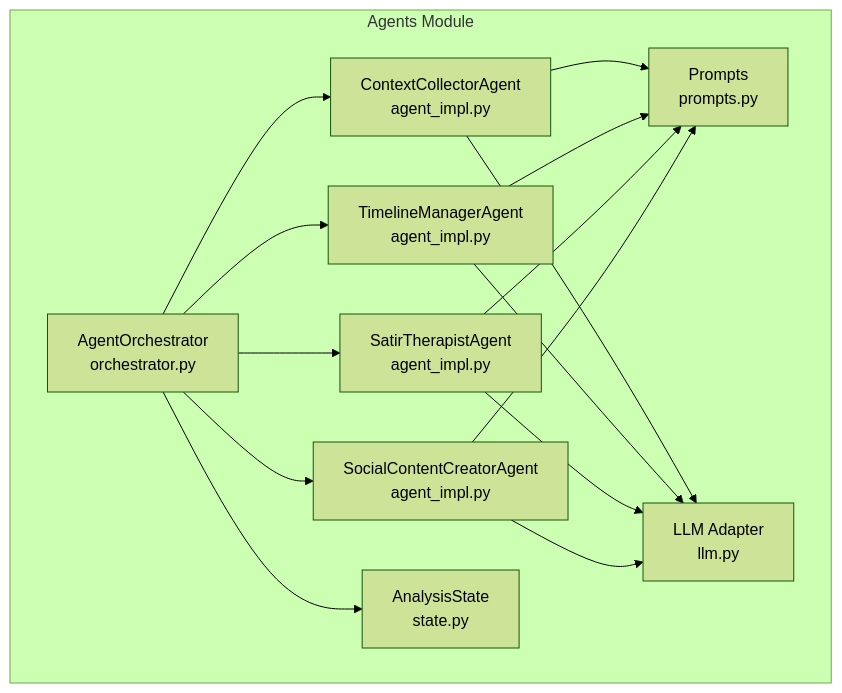
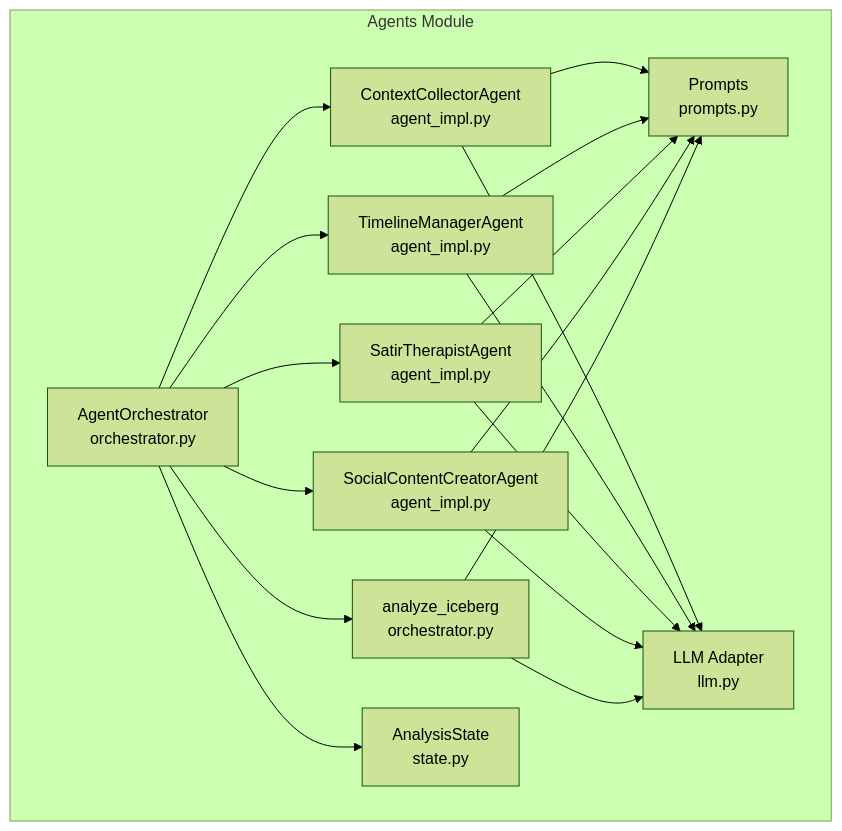
The first of 4 diagrams in .qoder/repowiki/en/content/AI and Machine Learning/Multi-Agent System/Agent Orchestrator.md (rainRise/aidiary), drawn with Mermaid (forest theme) before and after one commit. The commit also changed other lines of this file and 21 other files, not shown here.

````diff
--- a/.qoder/repowiki/en/content/AI and Machine Learning/Multi-Agent System/Agent Orchestrator.md
+++ b/.qoder/repowiki/en/content/AI and Machine Learning/Multi-Agent System/Agent Orchestrator.md
@@ -37,26 +46,30 @@
 ```mermaid
 graph TB
 subgraph "Agents Module"
 O["AgentOrchestrator<br/>orchestrator.py"]
 S["AnalysisState<br/>state.py"]
 A0["ContextCollectorAgent<br/>agent_impl.py"]
 AA["TimelineManagerAgent<br/>agent_impl.py"]
 AB["SatirTherapistAgent<br/>agent_impl.py"]
 AC["SocialContentCreatorAgent<br/>agent_impl.py"]
+AI["analyze_iceberg<br/>orchestrator.py"]
 P["Prompts<br/>prompts.py"]
 L["LLM Adapter<br/>llm.py"]
 end
 O --> A0
 O --> AA
 O --> AB
 O --> AC
+O --> AI
 A0 --> P
 AA --> P
 AB --> P
 AC --> P
+AI --> P
 A0 --> L
 AA --> L
 AB --> L
 AC --> L
+AI --> L
 O --> S
 ```
````
